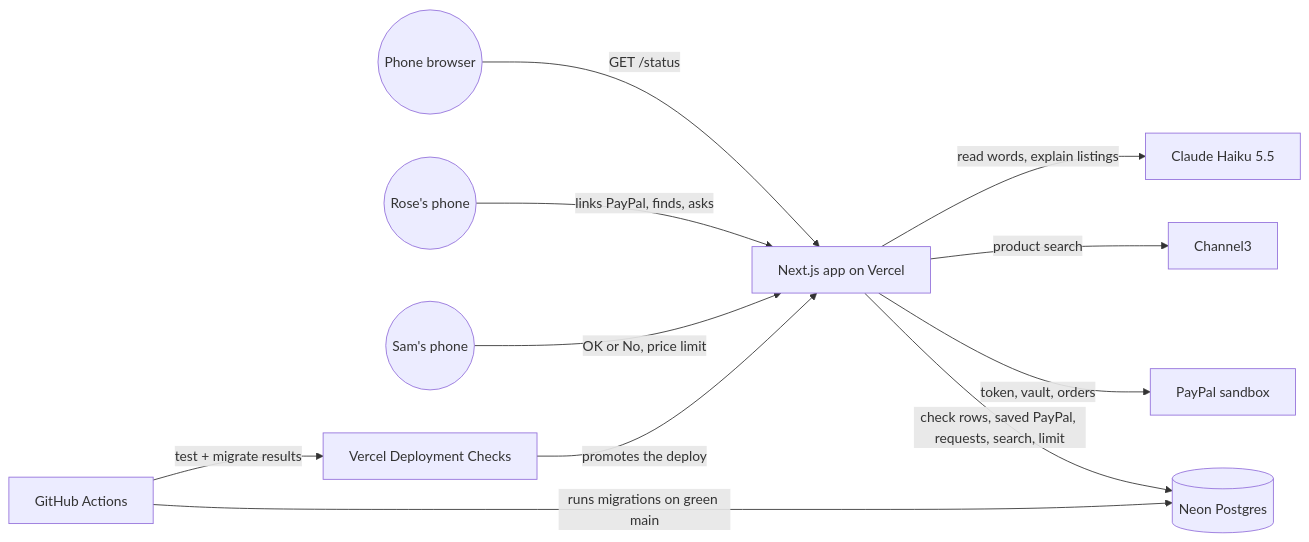
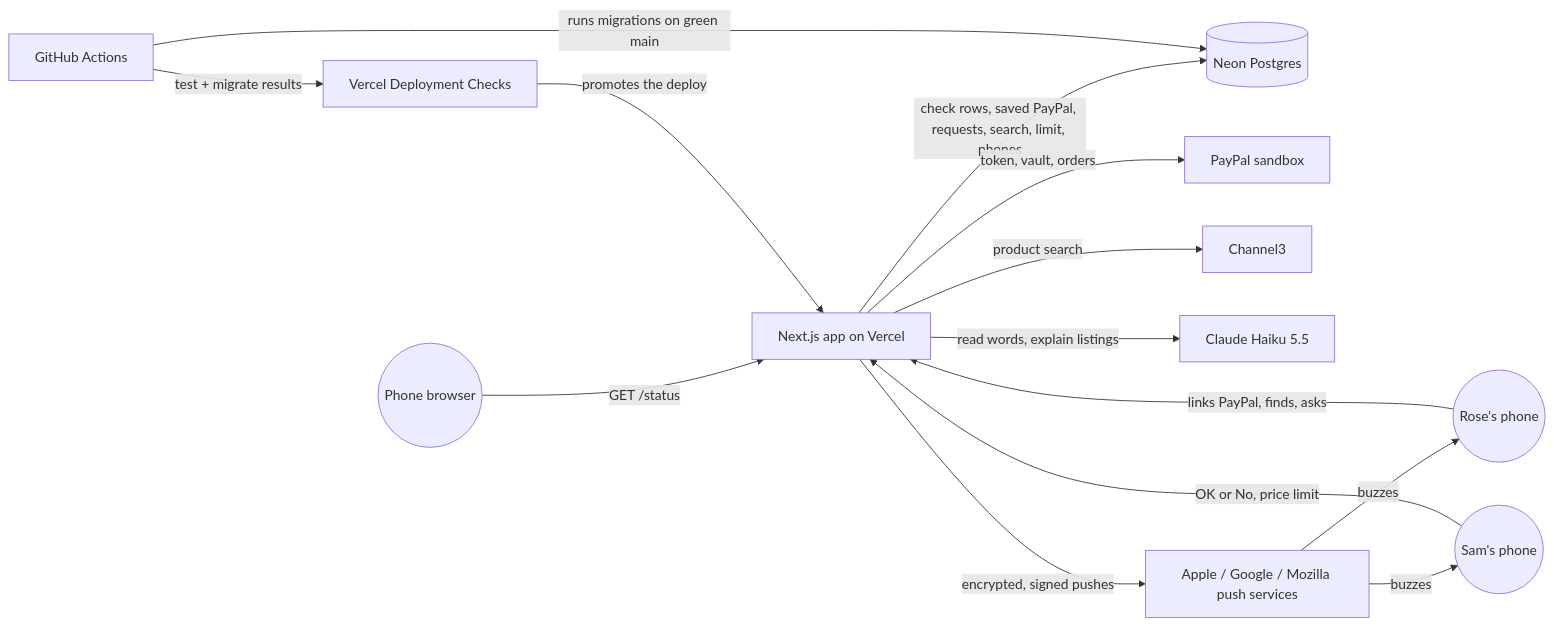
One commit to dzaffren/kincart changed the first of 2 diagrams in docs/ARCHITECTURE.md. Above: the diagram before and after it, drawn with Mermaid. The commit also changed other lines of this file and 115 other files, not shown here.

````diff
--- a/docs/ARCHITECTURE.md
+++ b/docs/ARCHITECTURE.md
@@ -7,13 +7,15 @@
 ```mermaid
 flowchart LR
     U((Phone browser)) -- "GET /status" --> APP[Next.js app on Vercel]
     R((Rose's phone)) -- "links PayPal, finds, asks" --> APP
     S((Sam's phone)) -- "OK or No, price limit" --> APP
-    APP -- "check rows, saved PayPal, requests, search, limit" --> NEON[(Neon Postgres)]
+    APP -- "check rows, saved PayPal, requests, search, limit, phones" --> NEON[(Neon Postgres)]
     APP -- "token, vault, orders" --> PP[PayPal sandbox]
     APP -- "product search" --> C3[Channel3]
     APP -- "read words, explain listings" --> CL[Claude Haiku 5.5]
+    APP -- "encrypted, signed pushes" --> PS[Apple / Google / Mozilla push services]
+    PS -- "buzzes" --> R & S
     GH[GitHub Actions] -- "runs migrations on green main" --> NEON
     GH -- "test + migrate results" --> VC[Vercel Deployment Checks]
     VC -- "promotes the deploy" --> APP
 ```
````
